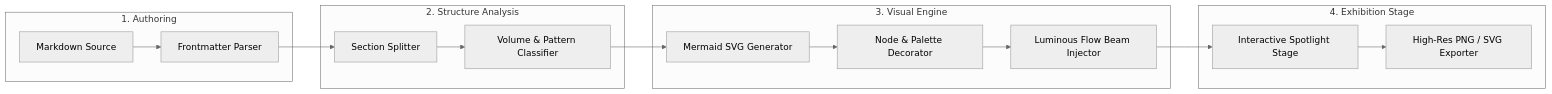
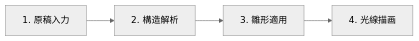
The second of 5 diagrams in public/standalone-apps/luxyno/samples/visual-template.md (prankster-freedom/ToyBox), drawn with Mermaid (neutral theme) before and after one commit. The commit also changed other lines of this file and 3 other files, not shown here.

First line of the commit message:
fix(luxyno): 表のスラブ枠はみ出しと図表のFit・1:1倍率逆転を修正

````diff
--- a/public/standalone-apps/luxyno/samples/visual-template.md
+++ b/public/standalone-apps/luxyno/samples/visual-template.md
@@ -97,19 +97,6 @@
 ```mermaid
 flowchart LR
-    subgraph InputStage [1. Authoring]
-        S1[Markdown Source] --> S2[Frontmatter Parser]
-    end
-    subgraph AnalysisStage [2. Structure Analysis]
-        S2 --> S3[Section Splitter]
-        S3 --> S4[Volume & Pattern Classifier]
-    end
-    subgraph RenderStage [3. Visual Engine]
-        S4 --> S5[Mermaid SVG Generator]
-        S5 --> S6[Node & Palette Decorator]
-        S6 --> S7[Luminous Flow Beam Injector]
-    end
-    subgraph OutputStage [4. Exhibition Stage]
-        S7 --> S8[Interactive Spotlight Stage]
-        S8 --> S9[High-Res PNG / SVG Exporter]
-    end
+    S1[1. 原稿入力] --> S2[2. 構造解析]
+    S2 --> S3[3. 雛形適用]
+    S3 --> S4[4. 光線描画]
 ```
````
